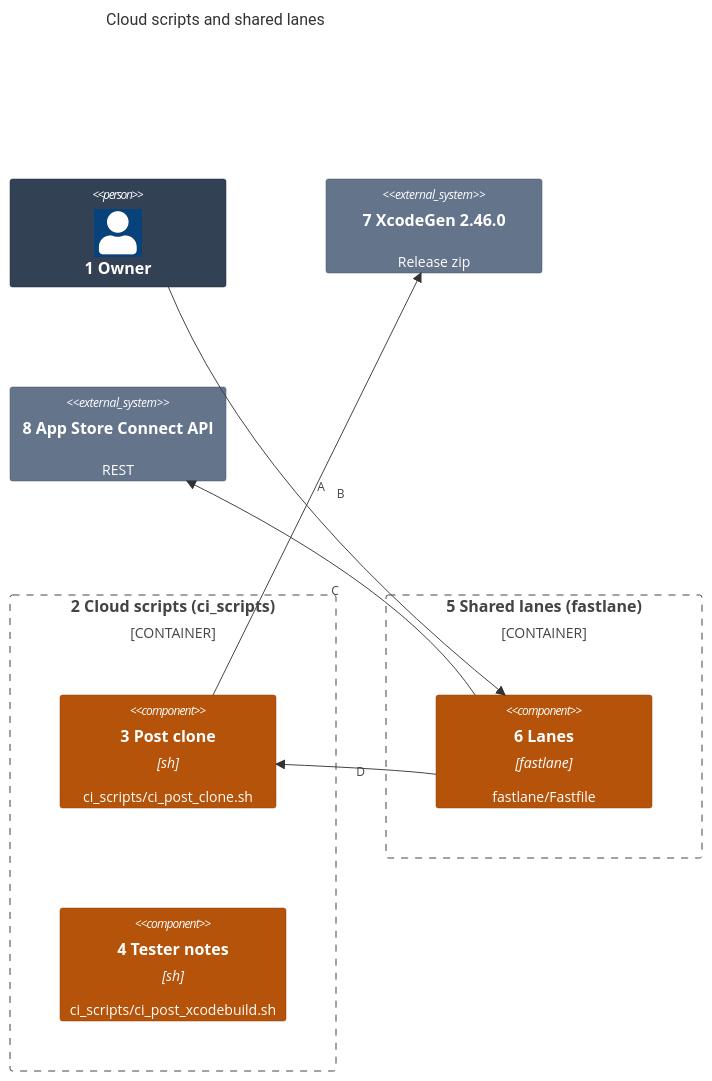
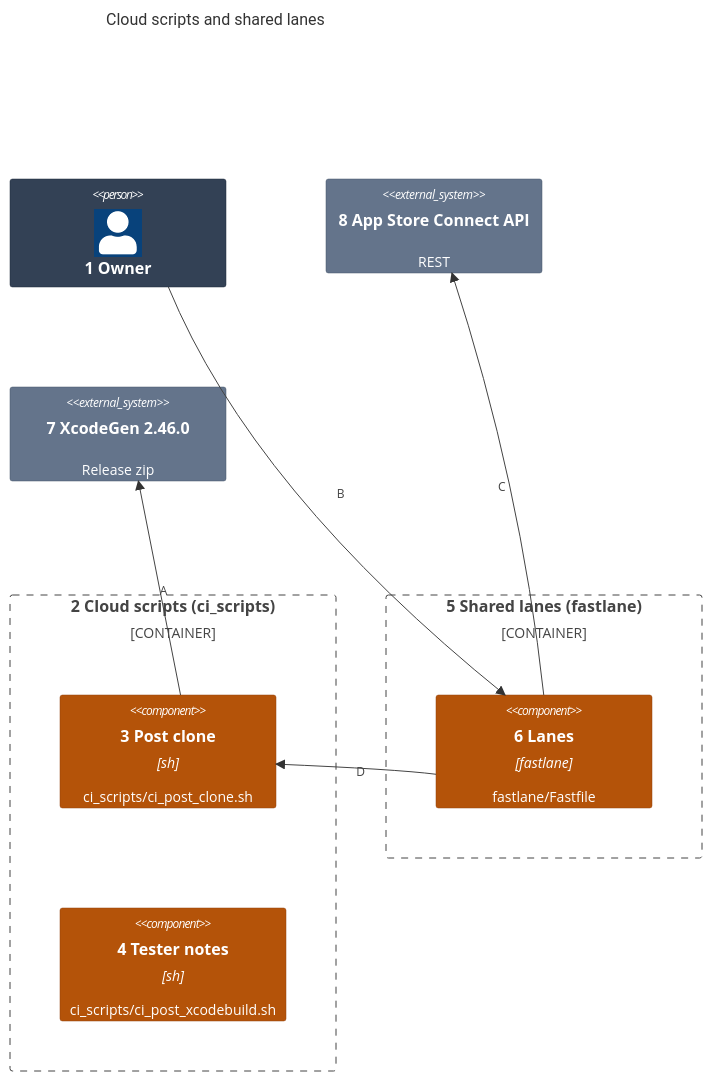
The first of 2 diagrams in docs/architecture/03-components.md (may-journal/xcode-tooling), drawn with Mermaid before and after one commit. The commit also changed other lines of this file and 2 other files, not shown here.

First line of the commit message:
docs(architecture): draw the app runs in place of an empty boundary

````diff
--- a/docs/architecture/03-components.md
+++ b/docs/architecture/03-components.md
@@ -7,30 +7,29 @@
 ```mermaid
 C4Component
     title Cloud scripts and shared lanes
 
     Person(owner, "1 Owner")
+    System_Ext(asc, "8 App Store Connect API", "REST")
+    System_Ext(xcodegen, "7 XcodeGen 2.46.0", "Release zip")
 
     Container_Boundary(scripts, "2 Cloud scripts (ci_scripts)") {
         Component(clone, "3 Post clone", "sh", "ci_scripts/ci_post_clone.sh")
         Component(notes, "4 Tester notes", "sh", "ci_scripts/ci_post_xcodebuild.sh")
     }
 
     Container_Boundary(lanes, "5 Shared lanes (fastlane)") {
         Component(fastfile, "6 Lanes", "fastlane", "fastlane/Fastfile")
     }
-
-    System_Ext(xcodegen, "7 XcodeGen 2.46.0", "Release zip")
-    System_Ext(asc, "8 App Store Connect API", "REST")
 
     Rel(clone, xcodegen, "A")
     Rel(owner, fastfile, "B")
     Rel(fastfile, asc, "C")
     Rel(fastfile, clone, "D")
 
     UpdateElementStyle(owner, $bgColor="#334155", $borderColor="#1e293b", $fontColor="#ffffff")
     UpdateElementStyle(clone, $bgColor="#b45309", $borderColor="#92400e", $fontColor="#ffffff")
     UpdateElementStyle(notes, $bgColor="#b45309", $borderColor="#92400e", $fontColor="#ffffff")
     UpdateElementStyle(fastfile, $bgColor="#b45309", $borderColor="#92400e", $fontColor="#ffffff")
     UpdateElementStyle(xcodegen, $bgColor="#64748b", $borderColor="#475569", $fontColor="#ffffff")
     UpdateElementStyle(asc, $bgColor="#64748b", $borderColor="#475569", $fontColor="#ffffff")
 ```
````
